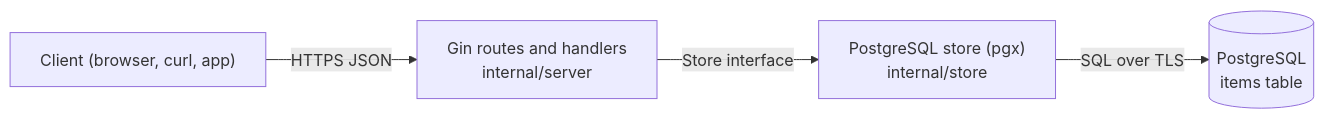
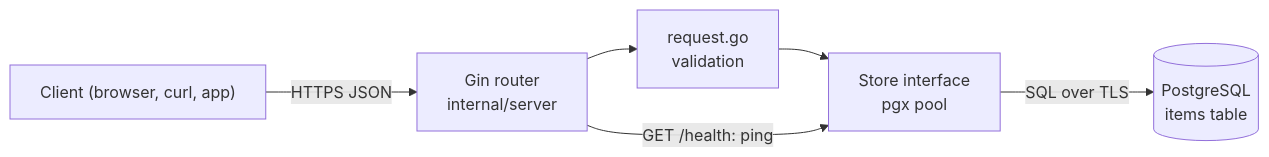
Before and after one commit to light-cloud-com/templates: the diagram in starters/crud-api-gin/README.md, drawn with Mermaid. The commit also changed other lines of this file and 2 other files, not shown here.

First line of the commit message:
README: Go Gin PostgreSQL CRUD API starter landing page

````diff
--- a/starters/crud-api-gin/README.md
+++ b/starters/crud-api-gin/README.md
@@ -9,6 +119,8 @@
 ```mermaid
 flowchart LR
-    client["Client (browser, curl, app)"] -->|HTTPS JSON| server["Gin routes and handlers<br/>internal/server"]
-    server -->|Store interface| store["PostgreSQL store (pgx)<br/>internal/store"]
+    client["Client (browser, curl, app)"] -->|HTTPS JSON| gin["Gin router<br/>internal/server"]
+    gin --> validate["request.go<br/>validation"]
+    validate --> store["Store interface<br/>pgx pool"]
     store -->|SQL over TLS| db[("PostgreSQL<br/>items table")]
+    gin -->|"GET /health: ping"| store
 ```
````
